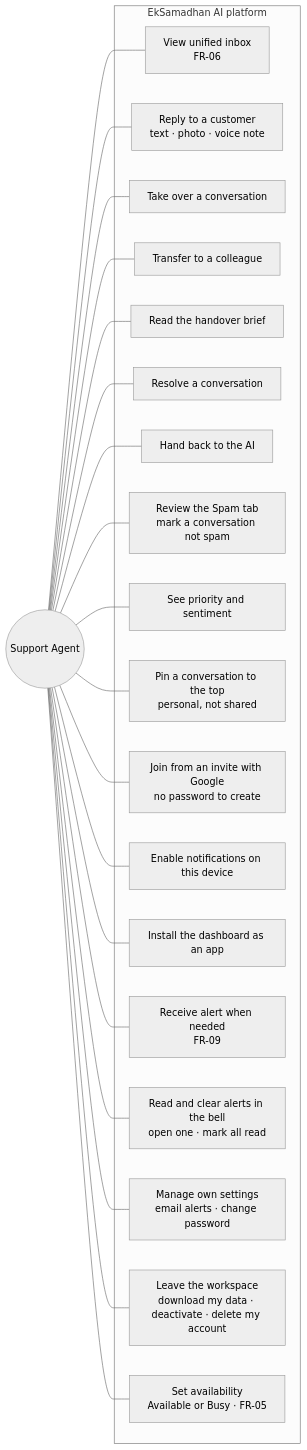
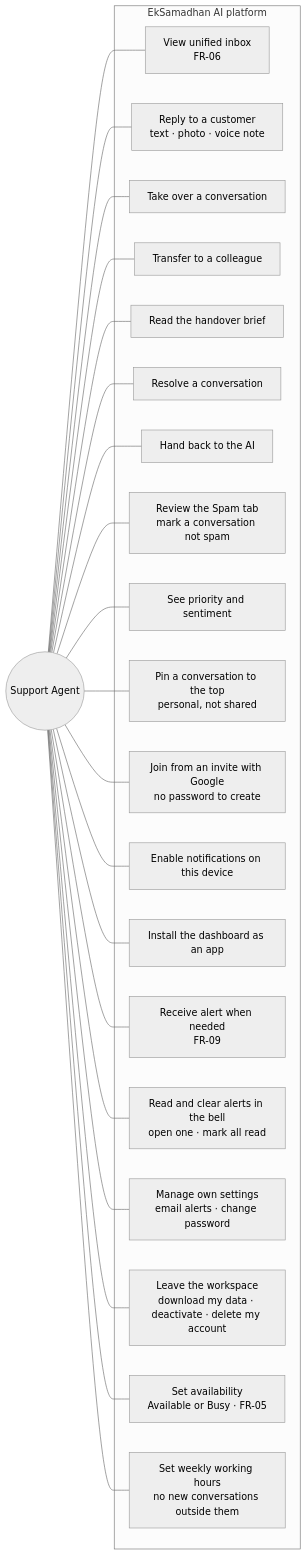
The second of 5 diagrams in docs/system-design/new-system-design/use-case/README.md (SayubShakya/eksamadhan-ai), drawn with Mermaid (neutral theme) before and after one commit. The commit also changed other lines of this file and 55 other files, not shown here.

````diff
--- a/docs/system-design/new-system-design/use-case/README.md
+++ b/docs/system-design/new-system-design/use-case/README.md
@@ -51,42 +53,44 @@
 ```mermaid
 flowchart LR
     agent(("Support Agent"))
     subgraph s2["EkSamadhan AI platform"]
         b1["View unified inbox<br/>FR-06"]
         b2["Reply to a customer<br/>text · photo · voice note"]
         b3["Take over a conversation"]
         b4["Transfer to a colleague"]
         b5["Read the handover brief"]
         b6["Resolve a conversation"]
         b10["Hand back to the AI"]
         b11["Review the Spam tab<br/>mark a conversation not spam"]
         b12["See priority and sentiment"]
         b18["Pin a conversation to the top<br/>personal, not shared"]
         b13["Join from an invite with Google<br/>no password to create"]
         b7["Enable notifications on this device"]
         b14["Install the dashboard as an app"]
         b8["Receive alert when needed<br/>FR-09"]
         b15["Read and clear alerts in the bell<br/>open one · mark all read"]
         b16["Manage own settings<br/>email alerts · change password"]
         b17["Leave the workspace<br/>download my data · deactivate · delete my account"]
         b9["Set availability<br/>Available or Busy · FR-05"]
+        b19["Set weekly working hours<br/>no new conversations outside them"]
     end
     agent --- b1
     agent --- b2
     agent --- b3
     agent --- b4
     agent --- b5
     agent --- b6
     agent --- b10
     agent --- b11
     agent --- b12
     agent --- b13
     agent --- b7
     agent --- b14
     agent --- b8
     agent --- b15
     agent --- b16
     agent --- b17
     agent --- b18
+    agent --- b19
     agent --- b9
 ```
````
